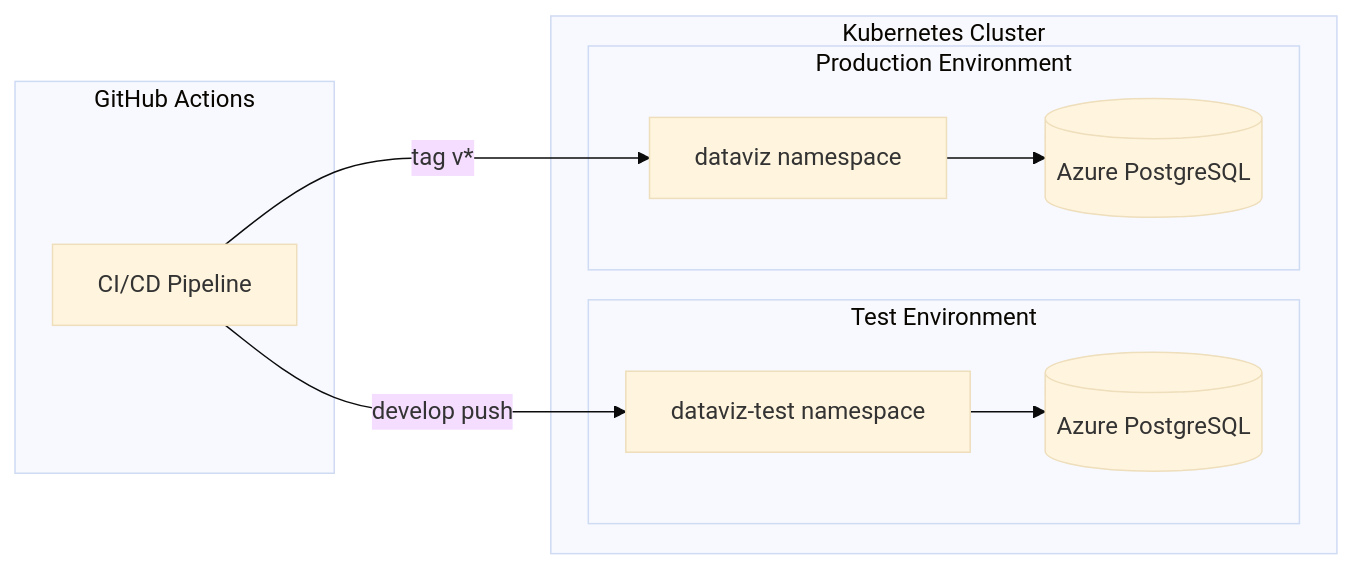
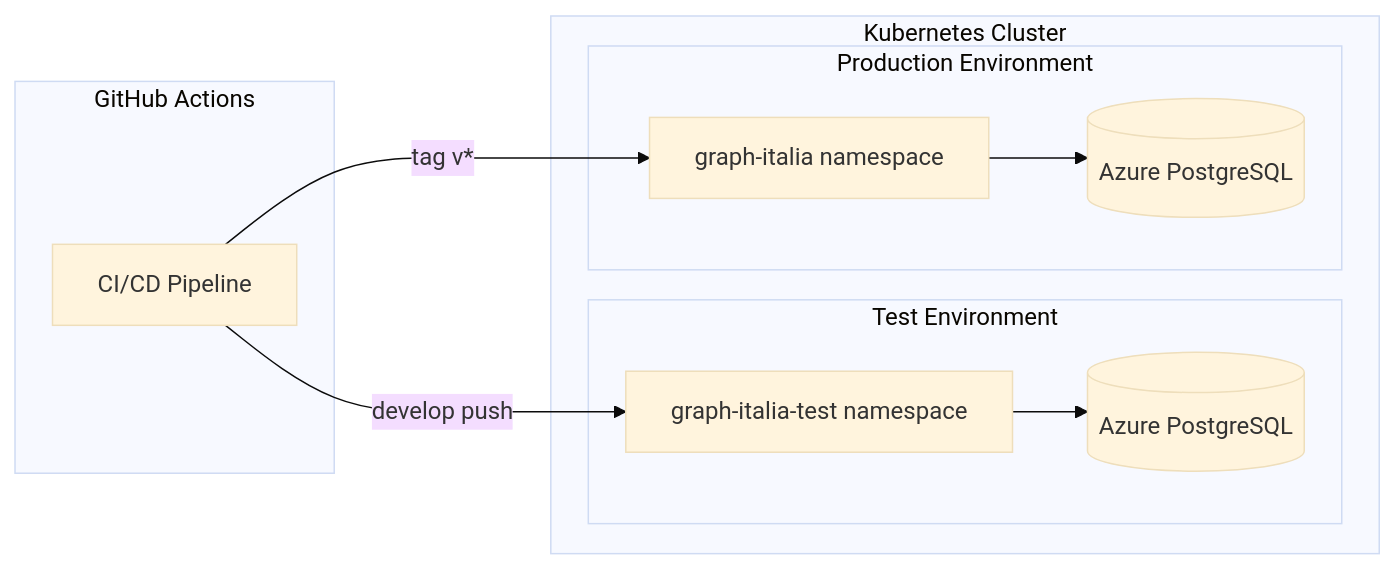
Before and after one commit to italia/graph-italia: diagram 15 of 15 in README.md, drawn with Mermaid (base theme). The commit also changed other lines of this file and 99 other files, not shown here.

First line of the commit message:
refactor: rebrand dataviz → graph-italia (graph.italia.it)

````diff
--- a/README.md
+++ b/README.md
@@ -1164,23 +1164,23 @@
 ```mermaid
 graph LR
     subgraph "GitHub Actions"
         CI[CI/CD Pipeline]
     end
 
     subgraph "Kubernetes Cluster"
         subgraph "Test Environment"
-            TestNS[dataviz-test namespace]
+            TestNS[graph-italia-test namespace]
             TestDB[(Azure PostgreSQL)]
         end
 
         subgraph "Production Environment"
-            ProdNS[dataviz namespace]
+            ProdNS[graph-italia namespace]
             ProdDB[(Azure PostgreSQL)]
         end
     end
 
     CI -->|develop push| TestNS
     CI -->|tag v*| ProdNS
     TestNS --> TestDB
     ProdNS --> ProdDB
 ```
````
